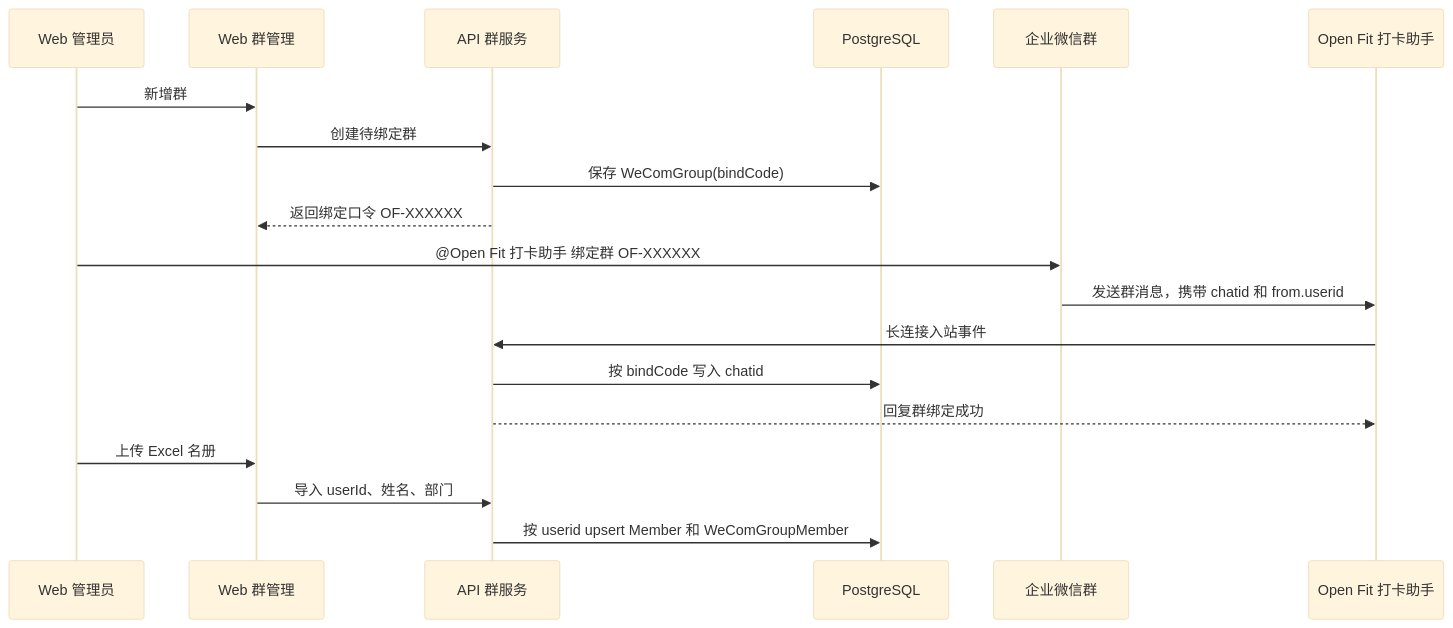
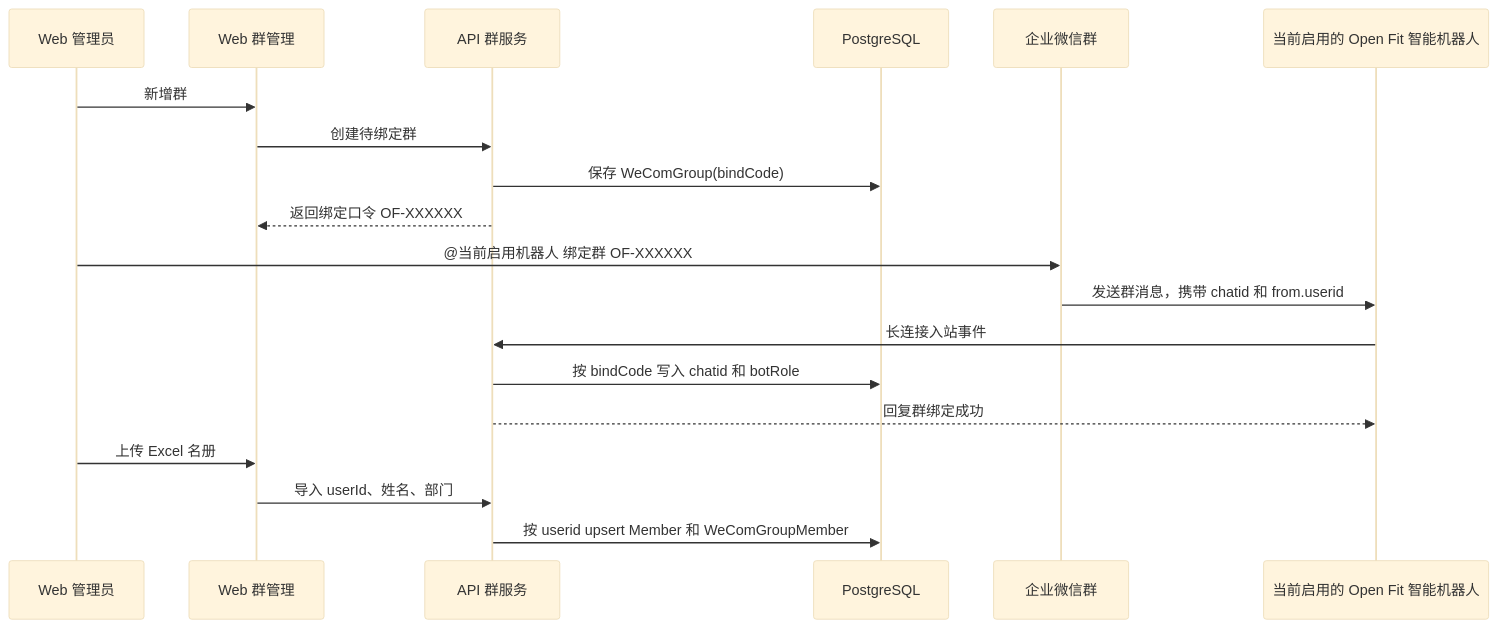
Before and after one commit to RossiLc/Project-AI-Fitness-Coach: the third of 7 diagrams in docs/知识库/机器人架构与流程图.md, drawn with Mermaid (base theme). The commit also changed other lines of this file and 51 other files, not shown here.

````diff
--- a/docs/知识库/机器人架构与流程图.md
+++ b/docs/知识库/机器人架构与流程图.md
@@ -61,22 +61,22 @@
 ```mermaid
 sequenceDiagram
   participant Admin as Web 管理员
   participant Web as Web 群管理
   participant API as API 群服务
   participant DB as PostgreSQL
   participant Group as 企业微信群
-  participant Bot as Open Fit 打卡助手
+  participant Bot as 当前启用的 Open Fit 智能机器人
 
   Admin->>Web: 新增群
   Web->>API: 创建待绑定群
   API->>DB: 保存 WeComGroup(bindCode)
   API-->>Web: 返回绑定口令 OF-XXXXXX
-  Admin->>Group: @Open Fit 打卡助手 绑定群 OF-XXXXXX
+  Admin->>Group: @当前启用机器人 绑定群 OF-XXXXXX
   Group->>Bot: 发送群消息，携带 chatid 和 from.userid
   Bot->>API: 长连接入站事件
-  API->>DB: 按 bindCode 写入 chatid
+  API->>DB: 按 bindCode 写入 chatid 和 botRole
   API-->>Bot: 回复群绑定成功
   Admin->>Web: 上传 Excel 名册
   Web->>API: 导入 userId、姓名、部门
   API->>DB: 按 userid upsert Member 和 WeComGroupMember
 ```
````
